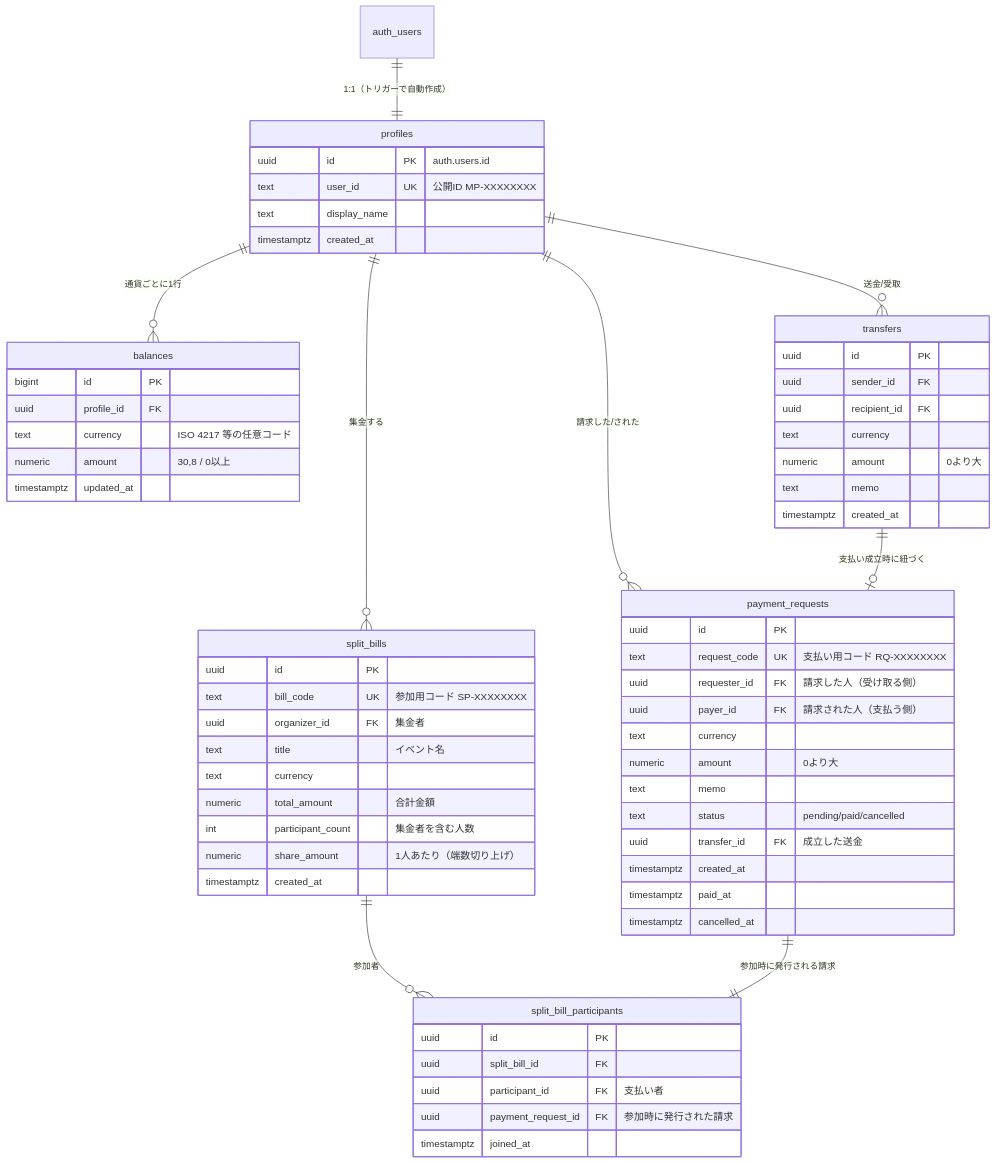
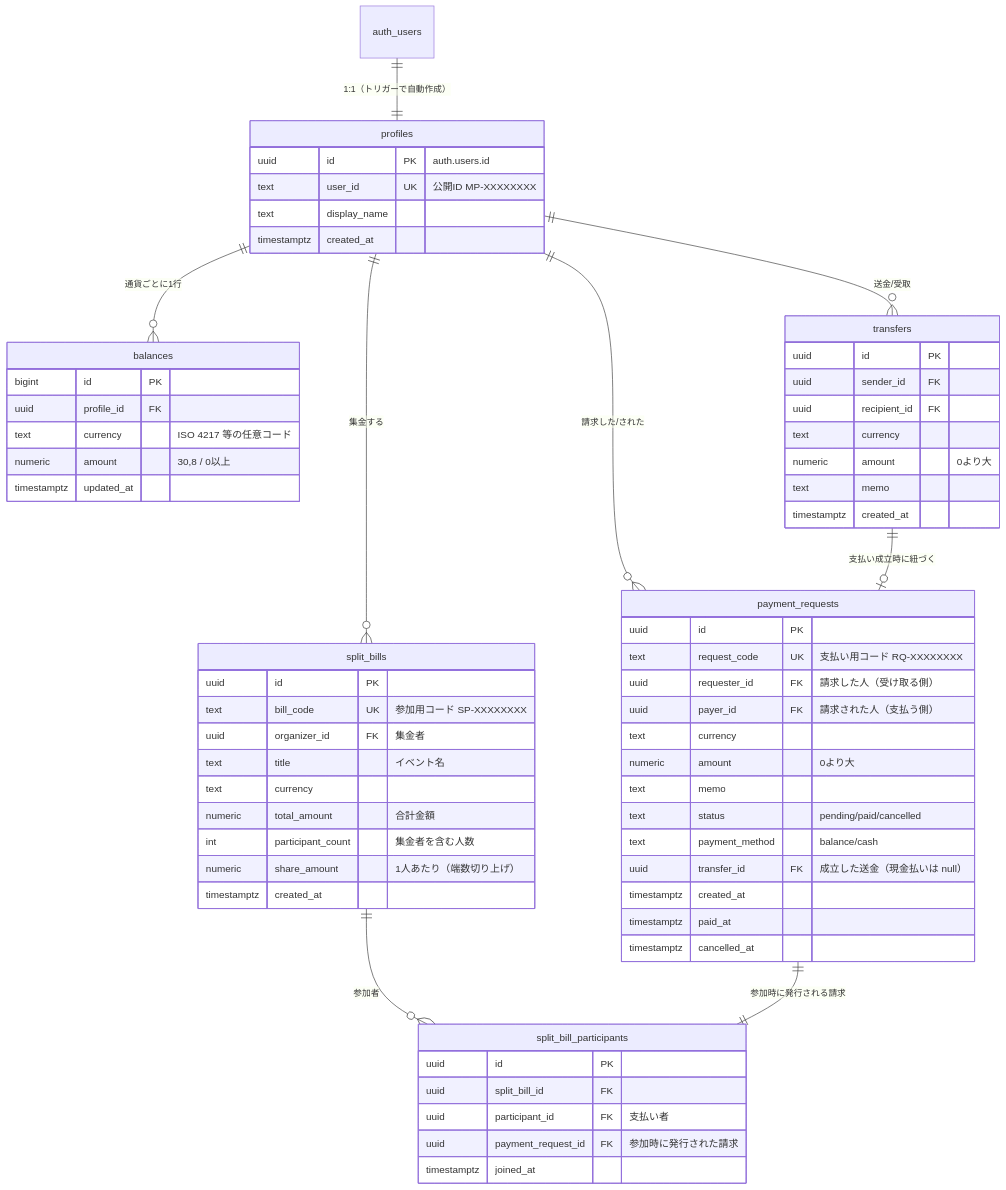
Before and after one commit to isojz/megapay: the second of 5 diagrams in docs/architecture.md, drawn with Mermaid. The commit also changed other lines of this file and 1 other file, not shown here.

````diff
--- a/docs/architecture.md
+++ b/docs/architecture.md
@@ -43,66 +43,67 @@
 ```mermaid
 erDiagram
     auth_users ||--|| profiles : "1:1（トリガーで自動作成）"
     profiles ||--o{ balances : "通貨ごとに1行"
     profiles ||--o{ transfers : "送金/受取"
     profiles ||--o{ payment_requests : "請求した/された"
     transfers ||--o| payment_requests : "支払い成立時に紐づく"
     profiles ||--o{ split_bills : "集金する"
     split_bills ||--o{ split_bill_participants : "参加者"
     payment_requests ||--|| split_bill_participants : "参加時に発行される請求"
 
     profiles {
         uuid id PK "auth.users.id"
         text user_id UK "公開ID MP-XXXXXXXX"
         text display_name
         timestamptz created_at
     }
     balances {
         bigint id PK
         uuid profile_id FK
         text currency "ISO 4217 等の任意コード"
         numeric amount "30,8 / 0以上"
         timestamptz updated_at
     }
     transfers {
         uuid id PK
         uuid sender_id FK
         uuid recipient_id FK
         text currency
         numeric amount "0より大"
         text memo
         timestamptz created_at
     }
     payment_requests {
         uuid id PK
         text request_code UK "支払い用コード RQ-XXXXXXXX"
         uuid requester_id FK "請求した人（受け取る側）"
         uuid payer_id FK "請求された人（支払う側）"
         text currency
         numeric amount "0より大"
         text memo
         text status "pending/paid/cancelled"
-        uuid transfer_id FK "成立した送金"
+        text payment_method "balance/cash"
+        uuid transfer_id FK "成立した送金（現金払いは null）"
         timestamptz created_at
         timestamptz paid_at
         timestamptz cancelled_at
     }
     split_bills {
         uuid id PK
         text bill_code UK "参加用コード SP-XXXXXXXX"
         uuid organizer_id FK "集金者"
         text title "イベント名"
         text currency
         numeric total_amount "合計金額"
         int participant_count "集金者を含む人数"
         numeric share_amount "1人あたり（端数切り上げ）"
         timestamptz created_at
     }
     split_bill_participants {
         uuid id PK
         uuid split_bill_id FK
         uuid participant_id FK "支払い者"
         uuid payment_request_id FK "参加時に発行された請求"
         timestamptz joined_at
     }
 ```
````
